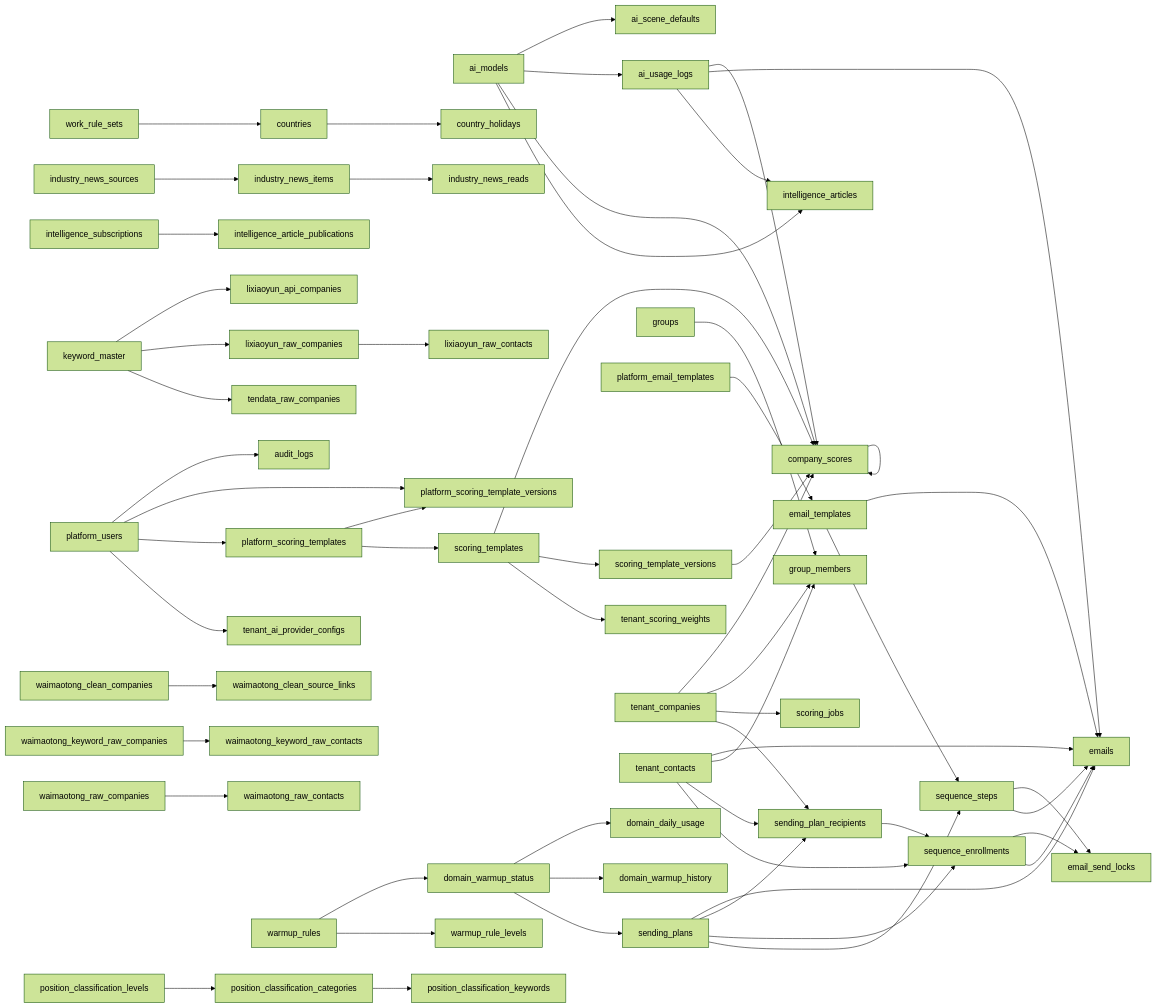
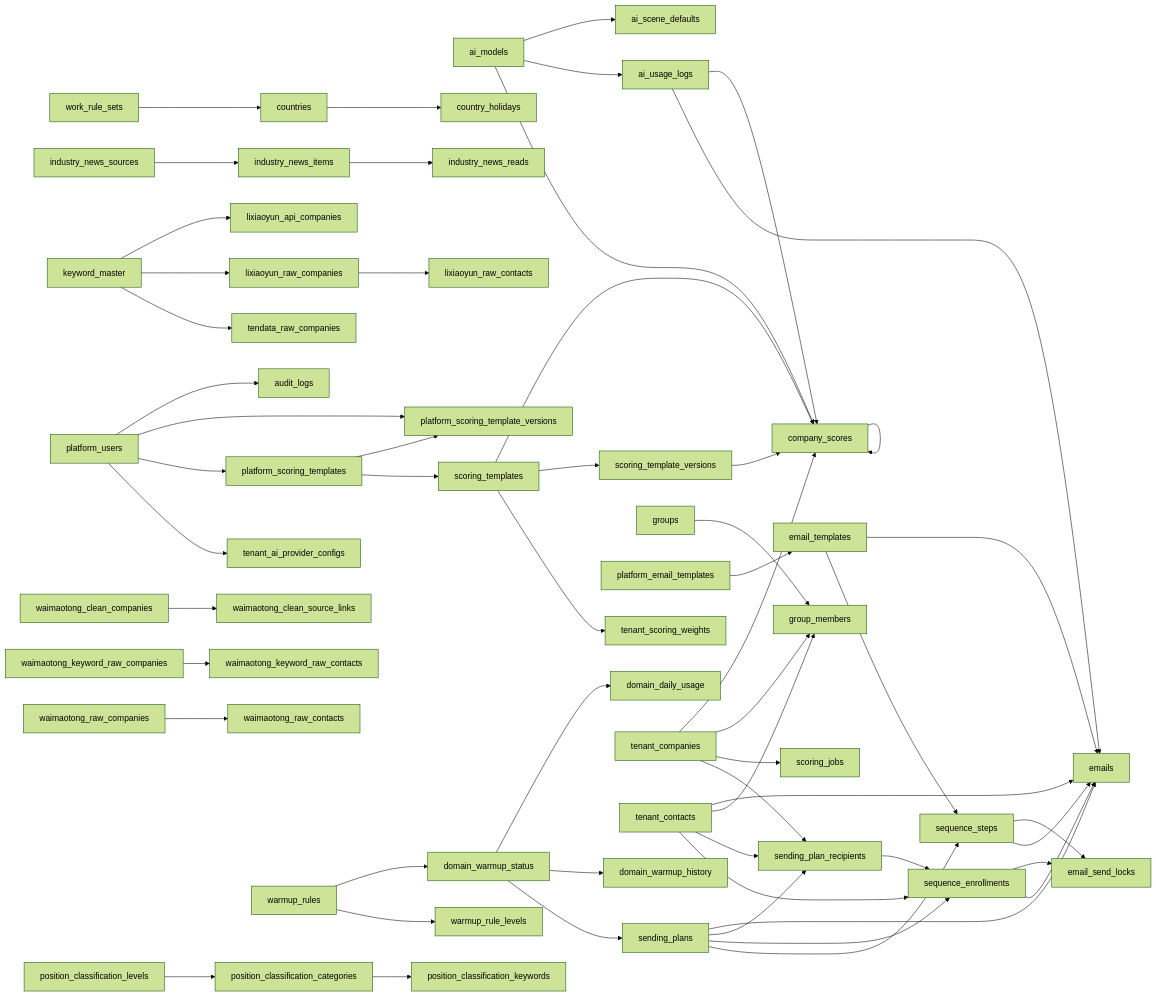
The diagram in docs/database-schema.md (inside-ziwu/client-get), drawn with Mermaid (forest theme) before and after one commit. The commit also changed other lines of this file and 2 other files, not shown here.

First line of the commit message:
运维：2026-08-23 发布 B 后快照同步（迁移 20260824_0002：删除 intelligence 四表）

````diff
--- a/docs/database-schema.md
+++ b/docs/database-schema.md
@@ -2059,61 +1952,58 @@
 ```mermaid
 graph LR
     ai_models --> ai_scene_defaults
     ai_models --> ai_usage_logs
     ai_models --> company_scores
-    ai_models --> intelligence_articles
     ai_usage_logs --> company_scores
     ai_usage_logs --> emails
-    ai_usage_logs --> intelligence_articles
     company_scores --> company_scores
     countries --> country_holidays
     domain_warmup_status --> domain_daily_usage
     domain_warmup_status --> domain_warmup_history
     domain_warmup_status --> sending_plans
     email_templates --> emails
     email_templates --> sequence_steps
     groups --> group_members
     industry_news_items --> industry_news_reads
     industry_news_sources --> industry_news_items
-    intelligence_subscriptions --> intelligence_article_publications
     keyword_master --> lixiaoyun_api_companies
     keyword_master --> lixiaoyun_raw_companies
     keyword_master --> tendata_raw_companies
     lixiaoyun_raw_companies --> lixiaoyun_raw_contacts
     platform_email_templates --> email_templates
     platform_scoring_templates --> platform_scoring_template_versions
     platform_scoring_templates --> scoring_templates
     platform_users --> audit_logs
     platform_users --> platform_scoring_template_versions
     platform_users --> platform_scoring_templates
     platform_users --> tenant_ai_provider_configs
     position_classification_categories --> position_classification_keywords
     position_classification_levels --> position_classification_categories
     scoring_template_versions --> company_scores
     scoring_templates --> company_scores
     scoring_templates --> scoring_template_versions
     scoring_templates --> tenant_scoring_weights
     sending_plan_recipients --> sequence_enrollments
     sending_plans --> emails
     sending_plans --> sending_plan_recipients
     sending_plans --> sequence_enrollments
     sending_plans --> sequence_steps
     sequence_enrollments --> email_send_locks
     sequence_enrollments --> emails
     sequence_steps --> email_send_locks
     sequence_steps --> emails
     tenant_companies --> company_scores
     tenant_companies --> group_members
     tenant_companies --> scoring_jobs
     tenant_companies --> sending_plan_recipients
     tenant_contacts --> emails
     tenant_contacts --> group_members
     tenant_contacts --> sending_plan_recipients
     tenant_contacts --> sequence_enrollments
     waimaotong_clean_companies --> waimaotong_clean_source_links
     waimaotong_keyword_raw_companies --> waimaotong_keyword_raw_contacts
     waimaotong_raw_companies --> waimaotong_raw_contacts
     warmup_rules --> domain_warmup_status
     warmup_rules --> warmup_rule_levels
     work_rule_sets --> countries
 ```
````
